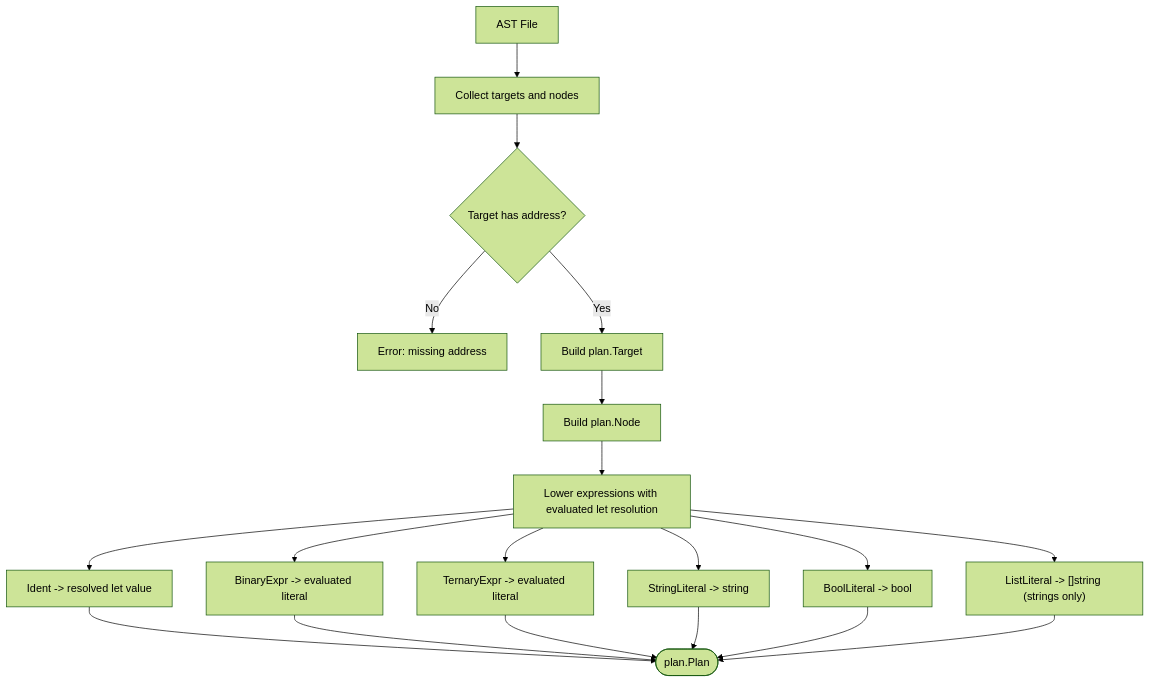
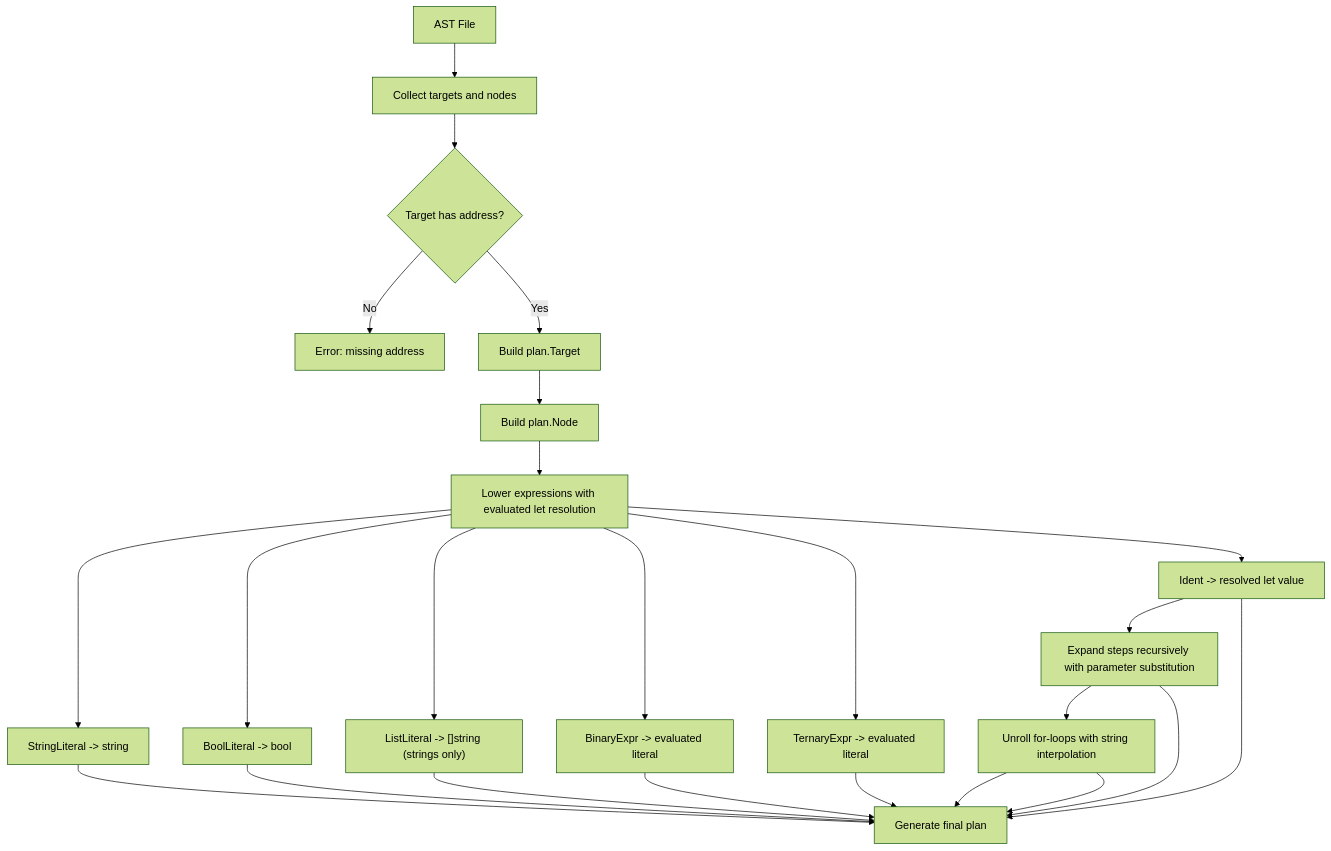
The seventh of 8 diagrams in .qoder/repowiki/en/content/.devops Language Reference/Language Syntax and Grammar.md (ahmednour1430464/dotdevops), drawn with Mermaid (forest theme) before and after one commit. The commit also changed other lines of this file and 12 other files, not shown here.

````diff
--- a/.qoder/repowiki/en/content/.devops Language Reference/Language Syntax and Grammar.md
+++ b/.qoder/repowiki/en/content/.devops Language Reference/Language Syntax and Grammar.md
@@ -463,21 +542,26 @@
 ```mermaid
 flowchart TD
 P["AST File"] --> T["Collect targets and nodes"]
 T --> U{"Target has address?"}
 U --> |No| Err["Error: missing address"]
 U --> |Yes| V["Build plan.Target"]
 V --> W["Build plan.Node"]
 W --> X["Lower expressions with evaluated let resolution"]
 X --> Y["StringLiteral -> string"]
 X --> Z["BoolLiteral -> bool"]
 X --> AA["ListLiteral -> []string (strings only)"]
 X --> BB["BinaryExpr -> evaluated literal"]
 X --> CC["TernaryExpr -> evaluated literal"]
 X --> DD["Ident -> resolved let value"]
-DD --> Done(["plan.Plan"])
-BB --> Done
-CC --> Done
-Y --> Done
-Z --> Done
-AA --> Done
+DD --> EE["Expand steps recursively with parameter substitution"]
+EE --> FF["Unroll for-loops with string interpolation"]
+FF --> GG["Generate final plan"]
+Y --> GG
+Z --> GG
+AA --> GG
+BB --> GG
+CC --> GG
+DD --> GG
+EE --> GG
+FF --> GG
 ```
````
